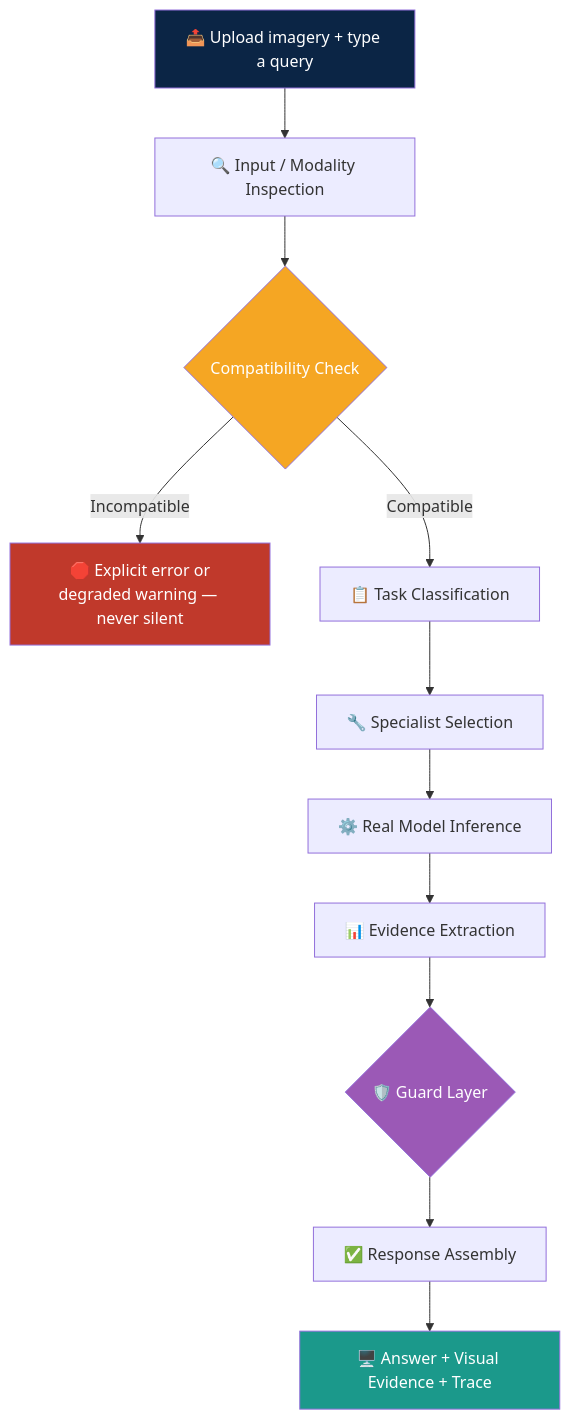
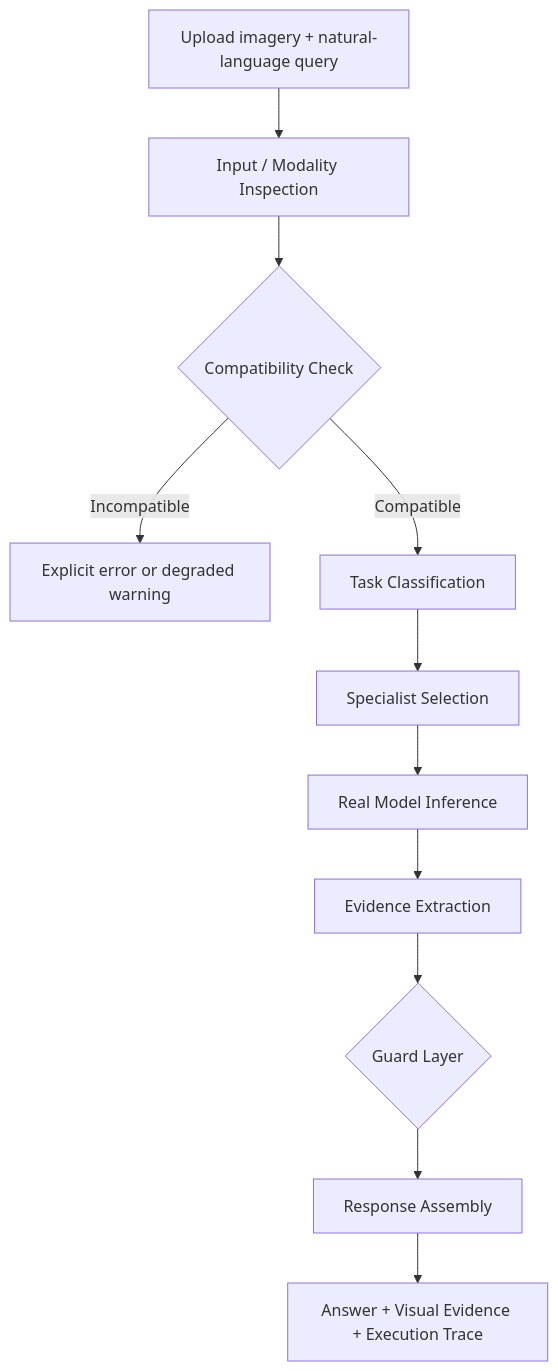
Before and after one commit to 1233-kp/satquery-ai: the diagram in README.md, drawn with Mermaid. The commit also changed other lines of this file, not shown here.

````diff
--- a/README.md
+++ b/README.md
@@ -157,19 +589,15 @@
 ```mermaid
 graph TD
-    A[📤 Upload imagery + type a query] --> B[🔍 Input / Modality Inspection]
+    A[Upload imagery + natural-language query] --> B[Input / Modality Inspection]
     B --> C{Compatibility Check}
-    C -->|Incompatible| C1[🛑 Explicit error or<br/>degraded warning — never silent]
-    C -->|Compatible| D[📋 Task Classification]
-    D --> E[🔧 Specialist Selection]
-    E --> F[⚙️ Real Model Inference]
-    F --> G[📊 Evidence Extraction]
-    G --> H{🛡️ Guard Layer}
-    H --> I[✅ Response Assembly]
-    I --> J[🖥️ Answer + Visual Evidence + Trace]
 
-    style A fill:#0B2545,color:#fff
-    style C fill:#F5A623,color:#fff
-    style C1 fill:#C0392B,color:#fff
-    style H fill:#9B59B6,color:#fff
-    style J fill:#1B998B,color:#fff
+    C -->|Incompatible| C1[Explicit error or degraded warning]
+    C -->|Compatible| D[Task Classification]
+
+    D --> E[Specialist Selection]
+    E --> F[Real Model Inference]
+    F --> G[Evidence Extraction]
+    G --> H{Guard Layer}
+    H --> I[Response Assembly]
+    I --> J[Answer + Visual Evidence + Execution Trace]
 ```
````
